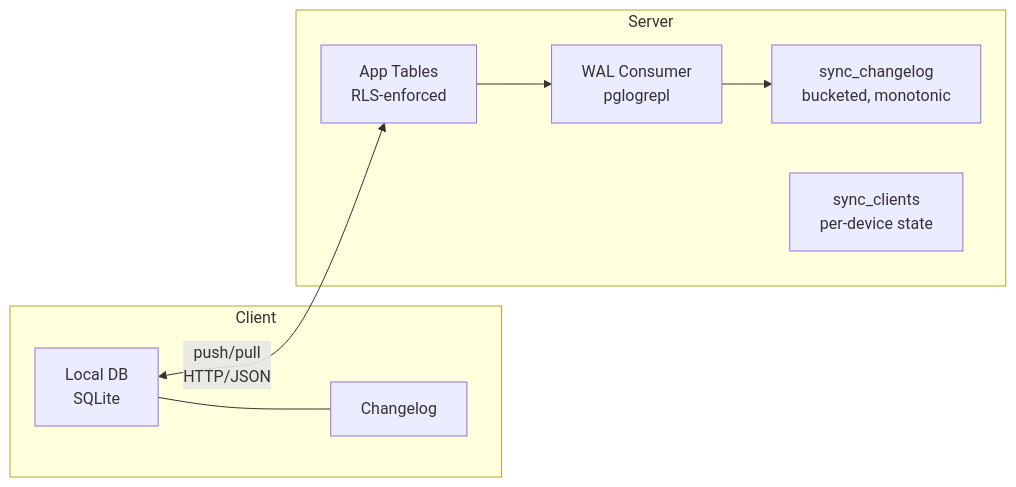
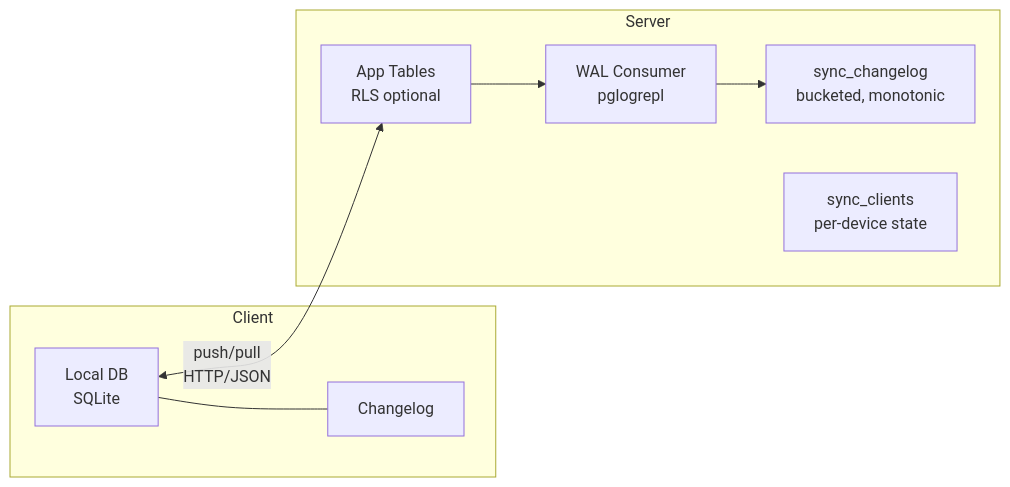
One commit to trainstar/synchro changed the first of 4 diagrams in docs/src/content/docs/server/architecture.md. Above: the diagram before and after it, drawn with Mermaid. The commit also changed other lines of this file and 57 other files, not shown here.

First line of the commit message:
feat: add checksum verification, schema introspection, and client SDK pull/push enhancements

```diff
--- a/docs/src/content/docs/server/architecture.md
+++ b/docs/src/content/docs/server/architecture.md
@@ -10,15 +10,15 @@
 <pre class="mermaid">
 graph LR
     subgraph Client
         A[Local DB<br/>SQLite] --- B[Changelog]
     end
     subgraph Server
-        C[App Tables<br/>RLS-enforced]
+        C[App Tables<br/>RLS optional]
         D[sync_changelog<br/>bucketed, monotonic]
         E[sync_clients<br/>per-device state]
         F[WAL Consumer<br/>pglogrepl]
     end
     A <-->|push/pull<br/>HTTP/JSON| C
     C --> F
     F --> D
 </pre>
```
